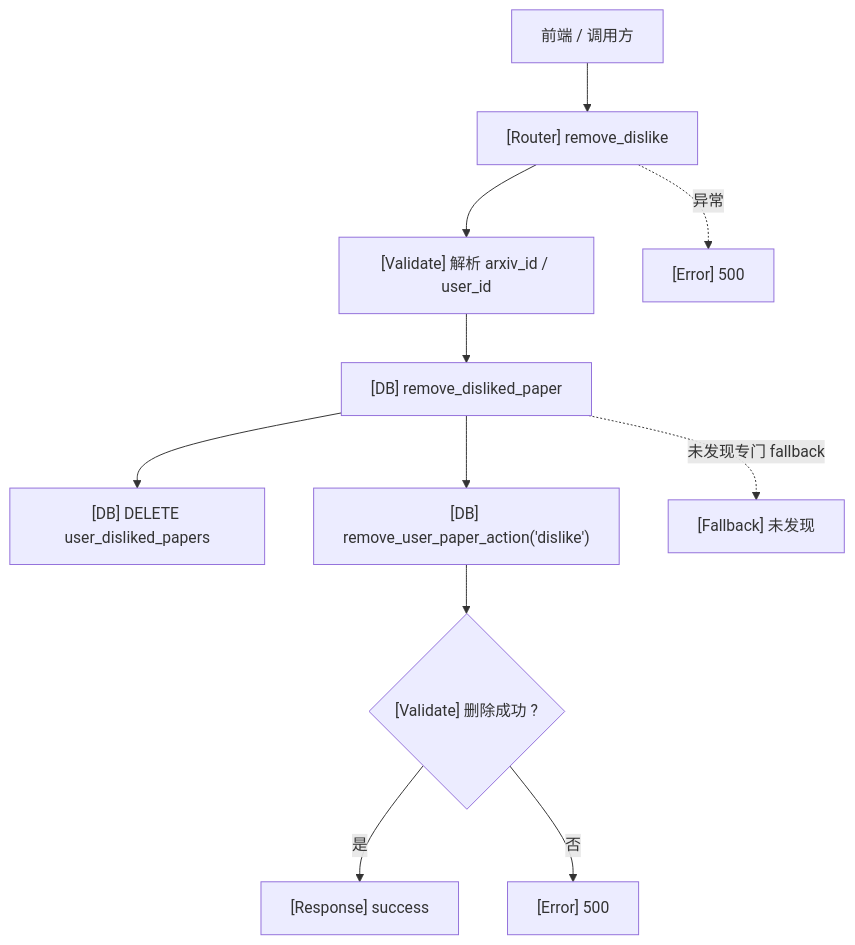
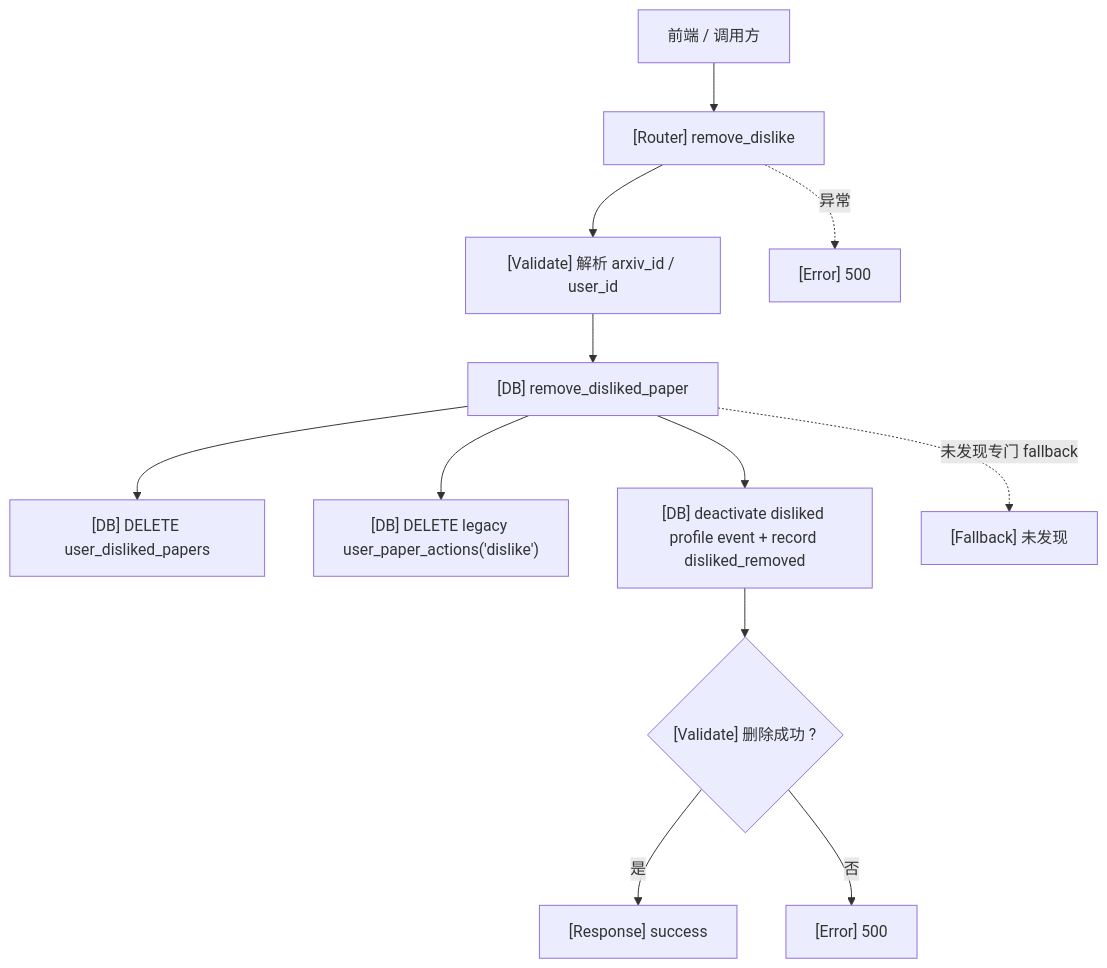
One commit to PolarisSun729/arxiv-research-agent changed diagram 13 of 16 in docs/architecture/routers/user_router_flow.md. Above: the diagram before and after it, drawn with Mermaid. The commit also changed other lines of this file and 75 other files, not shown here.

````diff
--- a/docs/architecture/routers/user_router_flow.md
+++ b/docs/architecture/routers/user_router_flow.md
@@ -790,13 +790,14 @@
 ```mermaid
 flowchart TD
     A["前端 / 调用方"] --> B["[Router] remove_dislike"]
     B --> C["[Validate] 解析 arxiv_id / user_id"]
     C --> D["[DB] remove_disliked_paper"]
     D --> E["[DB] DELETE user_disliked_papers"]
-    D --> F["[DB] remove_user_paper_action('dislike')"]
-    F --> G{"[Validate] 删除成功 ?"}
+    D --> F["[DB] DELETE legacy user_paper_actions('dislike')"]
+    D --> F1["[DB] deactivate disliked profile event + record disliked_removed"]
+    F1 --> G{"[Validate] 删除成功 ?"}
     G -->|是| H["[Response] success"]
     G -->|否| I["[Error] 500"]
     B -. 异常 .-> J["[Error] 500"]
     D -. 未发现专门 fallback .-> K["[Fallback] 未发现"]
 ```
````
